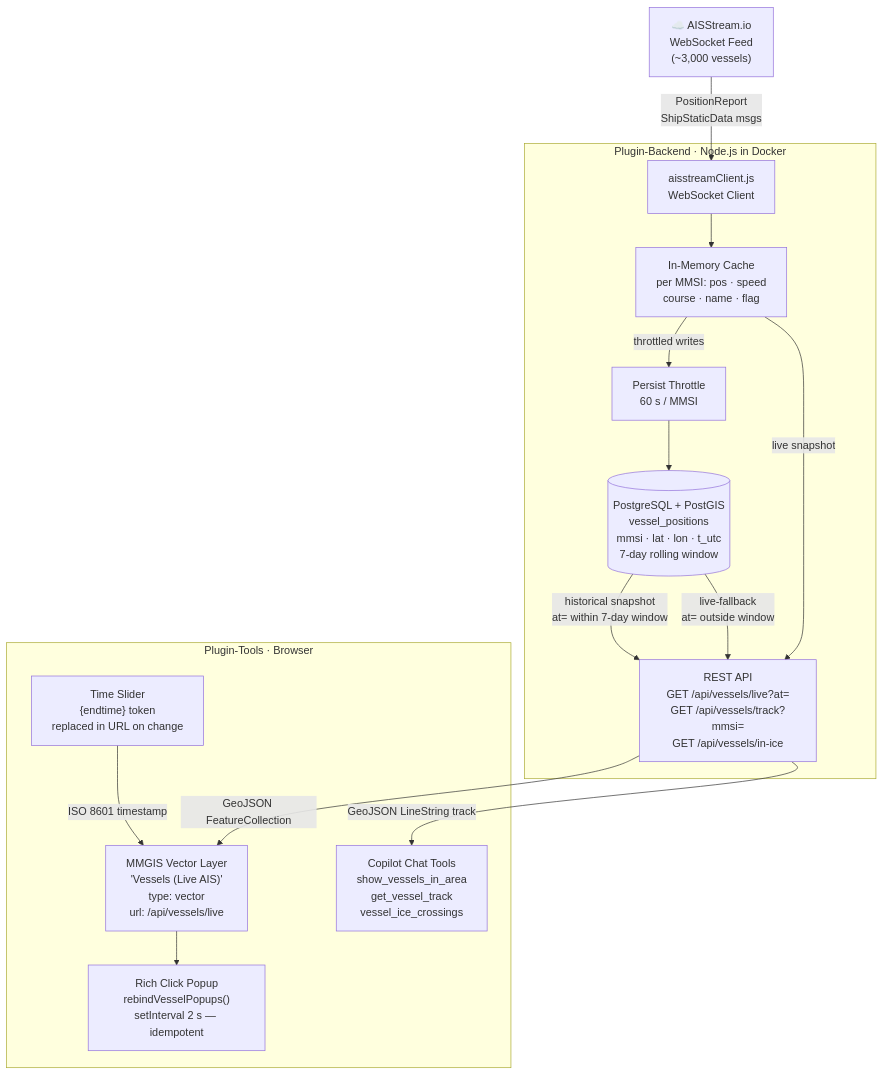
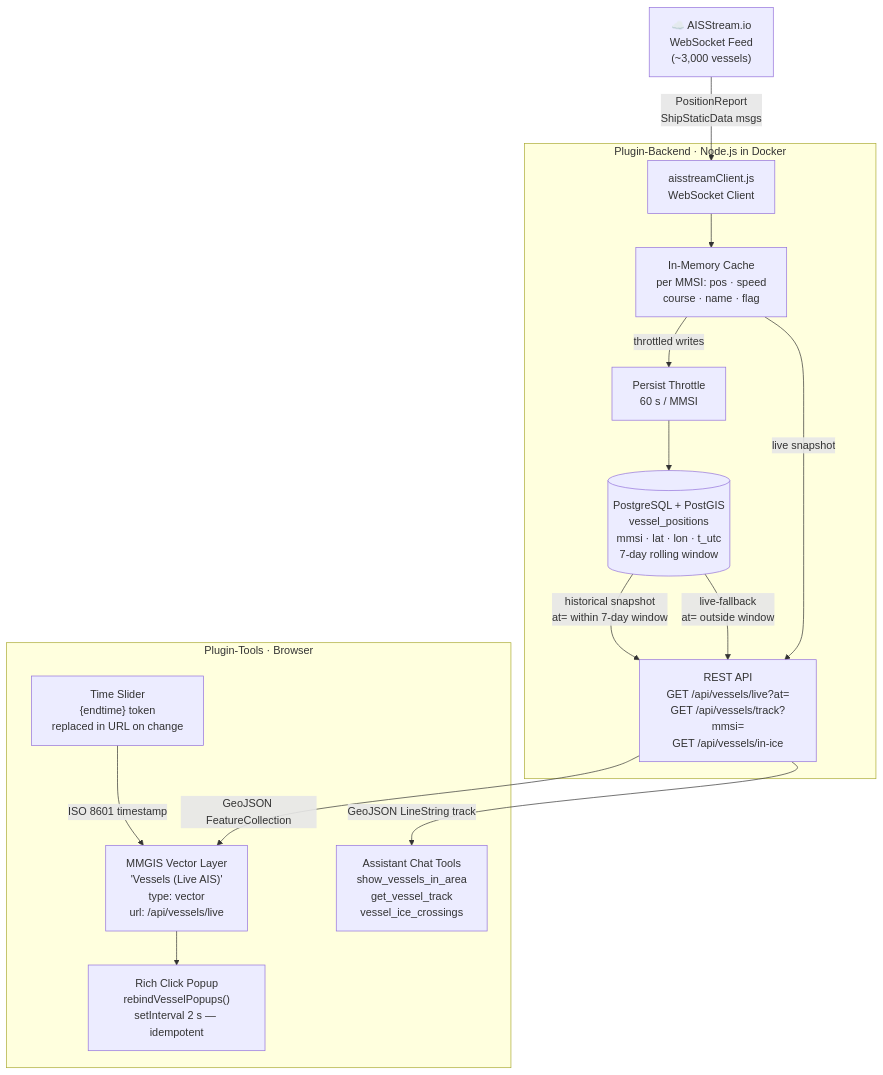
One commit to yunks128/MMGIS changed the first of 5 diagrams in API/MMGIS-Plugin-Backend/Vessels/README.md. Above: the diagram before and after it, drawn with Mermaid. The commit also changed other lines of this file and 1 other file, not shown here.

Commit message:
Rename "MMGIS Copilot" to "MMGIS Assistant" in docs
Avoid confusion with the Copilot LLM brand. Updates the Vessels
README references to match the renamed chat tool in MMGIS-Plugins.

````diff
--- a/API/MMGIS-Plugin-Backend/Vessels/README.md
+++ b/API/MMGIS-Plugin-Backend/Vessels/README.md
@@ -64,31 +64,31 @@
 ```mermaid
 flowchart TD
     AIS["☁️ AISStream.io\nWebSocket Feed\n(~3,000 vessels)"]
 
     subgraph Backend ["Plugin-Backend  ·  Node.js in Docker"]
         WS["aisstreamClient.js\nWebSocket Client"]
         CACHE["In-Memory Cache\nper MMSI: pos · speed\ncourse · name · flag"]
         THROTTLE["Persist Throttle\n60 s / MMSI"]
         DB[("PostgreSQL + PostGIS\nvessel_positions\nmmsi · lat · lon · t_utc\n7-day rolling window")]
         REST["REST API\nGET /api/vessels/live?at=\nGET /api/vessels/track?mmsi=\nGET /api/vessels/in-ice"]
     end
 
     subgraph Frontend ["Plugin-Tools  ·  Browser"]
         LAYER["MMGIS Vector Layer\n'Vessels (Live AIS)'\ntype: vector\nurl: /api/vessels/live"]
         SLIDER["Time Slider\n{endtime} token\nreplaced in URL on change"]
         POPUP["Rich Click Popup\nrebindVesselPopups()\nsetInterval 2 s — idempotent"]
-        COPILOT["Copilot Chat Tools\nshow_vessels_in_area\nget_vessel_track\nvessel_ice_crossings"]
+        ASSISTANT["Assistant Chat Tools\nshow_vessels_in_area\nget_vessel_track\nvessel_ice_crossings"]
     end
 
     AIS -->|"PositionReport\nShipStaticData msgs"| WS
     WS --> CACHE
     CACHE -->|"throttled writes"| THROTTLE
     THROTTLE --> DB
     CACHE -->|"live snapshot"| REST
     DB -->|"historical snapshot\nat= within 7-day window"| REST
     DB -->|"live-fallback\nat= outside window"| REST
     REST -->|"GeoJSON FeatureCollection"| LAYER
     SLIDER -->|"ISO 8601 timestamp"| LAYER
     LAYER --> POPUP
-    REST -->|"GeoJSON LineString track"| COPILOT
+    REST -->|"GeoJSON LineString track"| ASSISTANT
 ```
````
